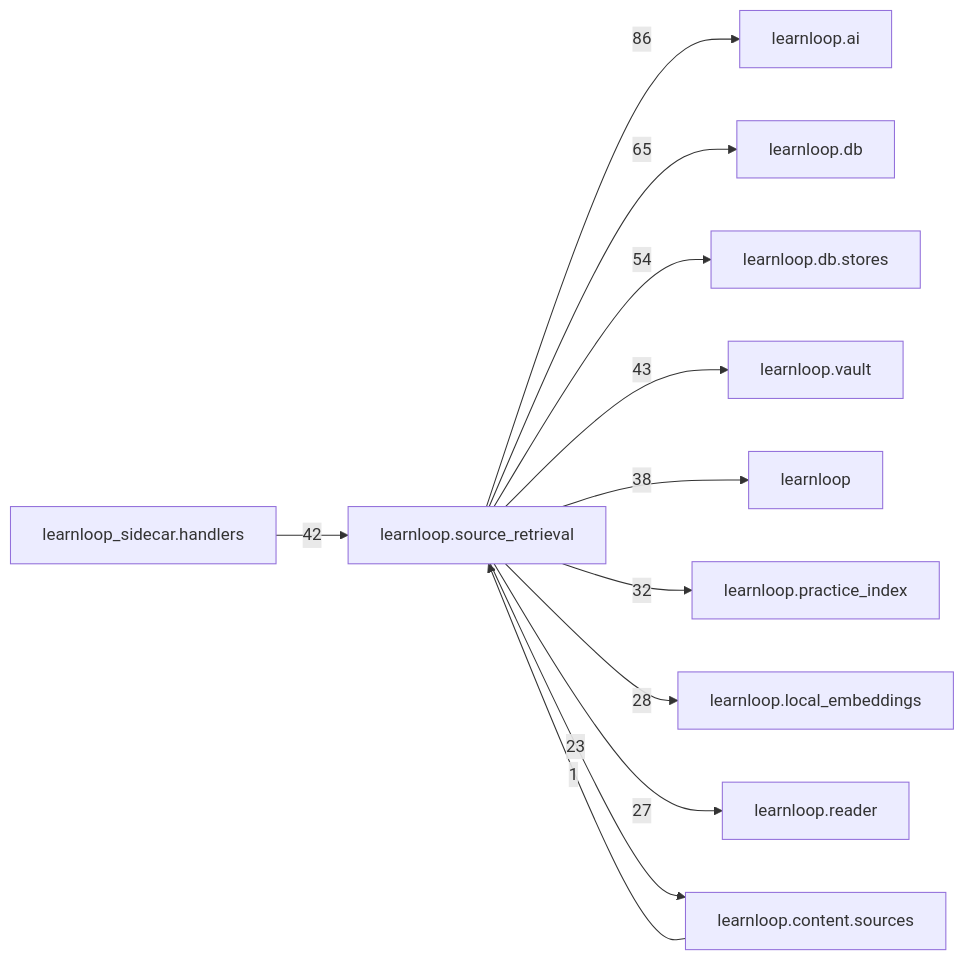
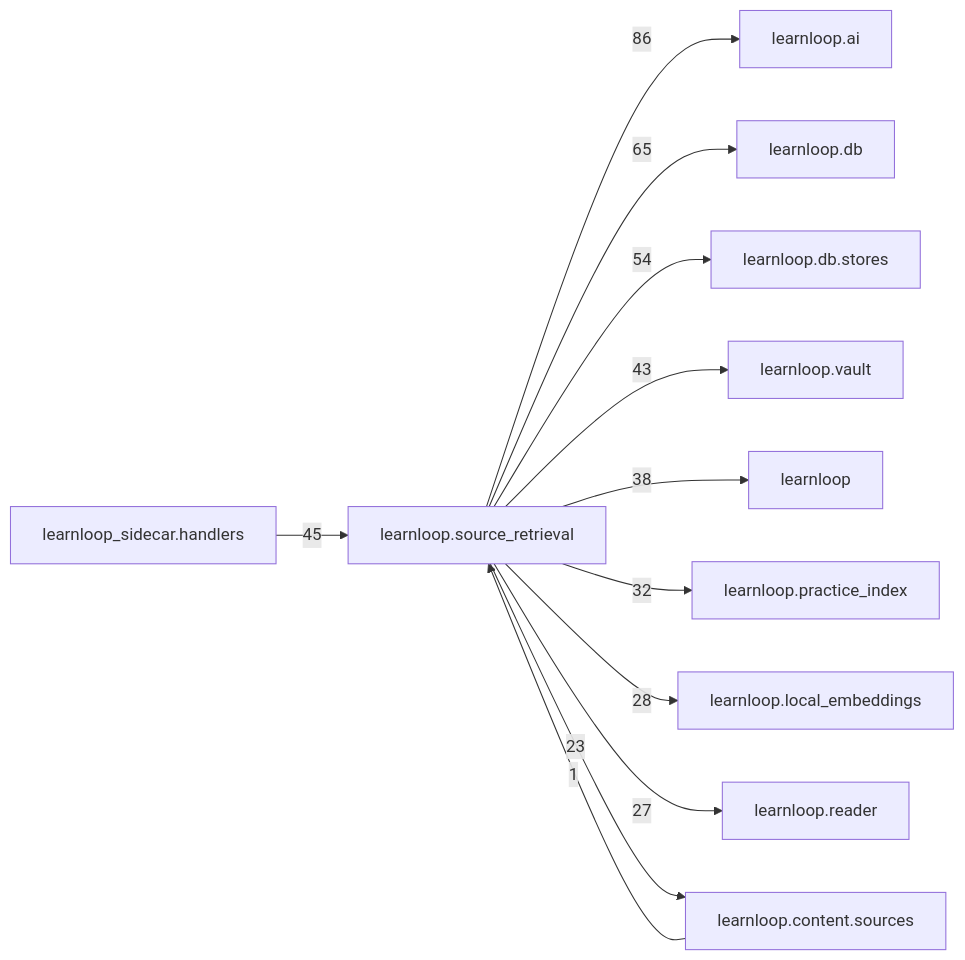
One commit to 6up-b/learnanything changed the diagram in docs/learnloop-architecture-vault/Reference/Modules/learnloop/source_retrieval/_package.md. Above: the diagram before and after it, drawn with Mermaid. The commit also changed other lines of this file and 67 other files, not shown here.

````diff
--- a/docs/learnloop-architecture-vault/Reference/Modules/learnloop/source_retrieval/_package.md
+++ b/docs/learnloop-architecture-vault/Reference/Modules/learnloop/source_retrieval/_package.md
@@ -183,25 +183,25 @@
 ```mermaid
 flowchart LR
     center["learnloop.source_retrieval"]
     n_learnloop_ai["learnloop.ai"]
     n_learnloop_db["learnloop.db"]
     n_learnloop_db_stores["learnloop.db.stores"]
+    n_learnloop_sidecar_handlers["learnloop_sidecar.handlers"]
     n_learnloop_vault["learnloop.vault"]
-    n_learnloop_sidecar_handlers["learnloop_sidecar.handlers"]
     n_learnloop["learnloop"]
     n_learnloop_practice_index["learnloop.practice_index"]
     n_learnloop_local_embeddings["learnloop.local_embeddings"]
     n_learnloop_reader["learnloop.reader"]
     n_learnloop_content_sources["learnloop.content.sources"]
     center -->|86| n_learnloop_ai
     center -->|65| n_learnloop_db
     center -->|54| n_learnloop_db_stores
+    n_learnloop_sidecar_handlers -->|45| center
     center -->|43| n_learnloop_vault
-    n_learnloop_sidecar_handlers -->|42| center
     center -->|38| n_learnloop
     center -->|32| n_learnloop_practice_index
     center -->|28| n_learnloop_local_embeddings
     center -->|27| n_learnloop_reader
     n_learnloop_content_sources -->|1| center
     center -->|23| n_learnloop_content_sources
 ```
````
